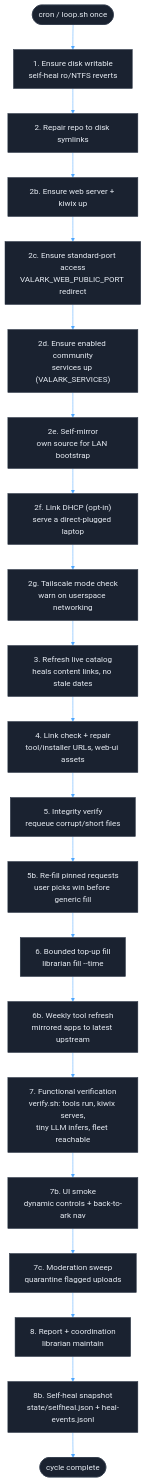
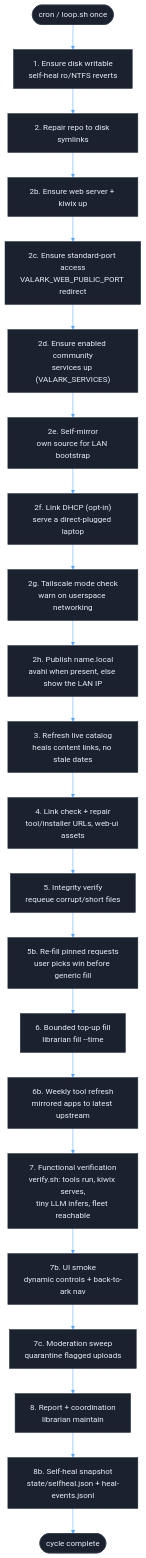
One commit to mvalancy/val-ark changed the third of 6 diagrams in docs/ARCHITECTURE.md. Above: the diagram before and after it, drawn with Mermaid. The commit also changed 22 other files, not shown here.

````diff
--- a/docs/ARCHITECTURE.md
+++ b/docs/ARCHITECTURE.md
@@ -216,31 +216,32 @@
 ```mermaid
 %%{init: {'theme': 'base', 'themeVariables': {
   'primaryColor': '#1a2230',
   'primaryBorderColor': '#2a3545',
   'primaryTextColor': '#e8edf4',
   'lineColor': '#4da6ff',
   'secondaryColor': '#131921',
   'tertiaryColor': '#0a0e14'
 }}}%%
 flowchart TD
     CRON([cron / loop.sh once]) --> WRITE["1. Ensure disk writable<br/>self-heal ro/NTFS reverts"]
     WRITE --> LAYOUT["2. Repair repo to disk symlinks"]
     LAYOUT --> WEB["2b. Ensure web server + kiwix up"]
     WEB --> PUB["2c. Ensure standard-port access<br/>VALARK_WEB_PUBLIC_PORT redirect"]
     PUB --> SVCS["2d. Ensure enabled community<br/>services up (VALARK_SERVICES)"]
     SVCS --> SELF["2e. Self-mirror<br/>own source for LAN bootstrap"]
     SELF --> LDHCP["2f. Link DHCP (opt-in)<br/>serve a direct-plugged laptop"]
     LDHCP --> TSMODE["2g. Tailscale mode check<br/>warn on userspace networking"]
-    TSMODE --> REFRESH["3. Refresh live catalog<br/>heals content links, no stale dates"]
+    TSMODE --> MDNS["2h. Publish name.local<br/>avahi when present, else show the LAN IP"]
+    MDNS --> REFRESH["3. Refresh live catalog<br/>heals content links, no stale dates"]
     REFRESH --> LINK["4. Link check + repair<br/>tool/installer URLs, web-ui assets"]
     LINK --> INTEG["5. Integrity verify<br/>requeue corrupt/short files"]
     INTEG --> PINS["5b. Re-fill pinned requests<br/>user picks win before generic fill"]
     PINS --> FILL["6. Bounded top-up fill<br/>librarian fill --time"]
     FILL --> TOOLREF["6b. Weekly tool refresh<br/>mirrored apps to latest upstream"]
     TOOLREF --> FUNC["7. Functional verification<br/>verify.sh: tools run, kiwix serves,<br/>tiny LLM infers, fleet reachable"]
     FUNC --> UISMOKE["7b. UI smoke<br/>dynamic controls + back-to-ark nav"]
     UISMOKE --> MOD["7c. Moderation sweep<br/>quarantine flagged uploads"]
     MOD --> REPORT["8. Report + coordination<br/>librarian maintain"]
     REPORT --> SNAP["8b. Self-heal snapshot<br/>state/selfheal.json + heal-events.jsonl"]
     SNAP --> DONE([cycle complete])
 ```
````
